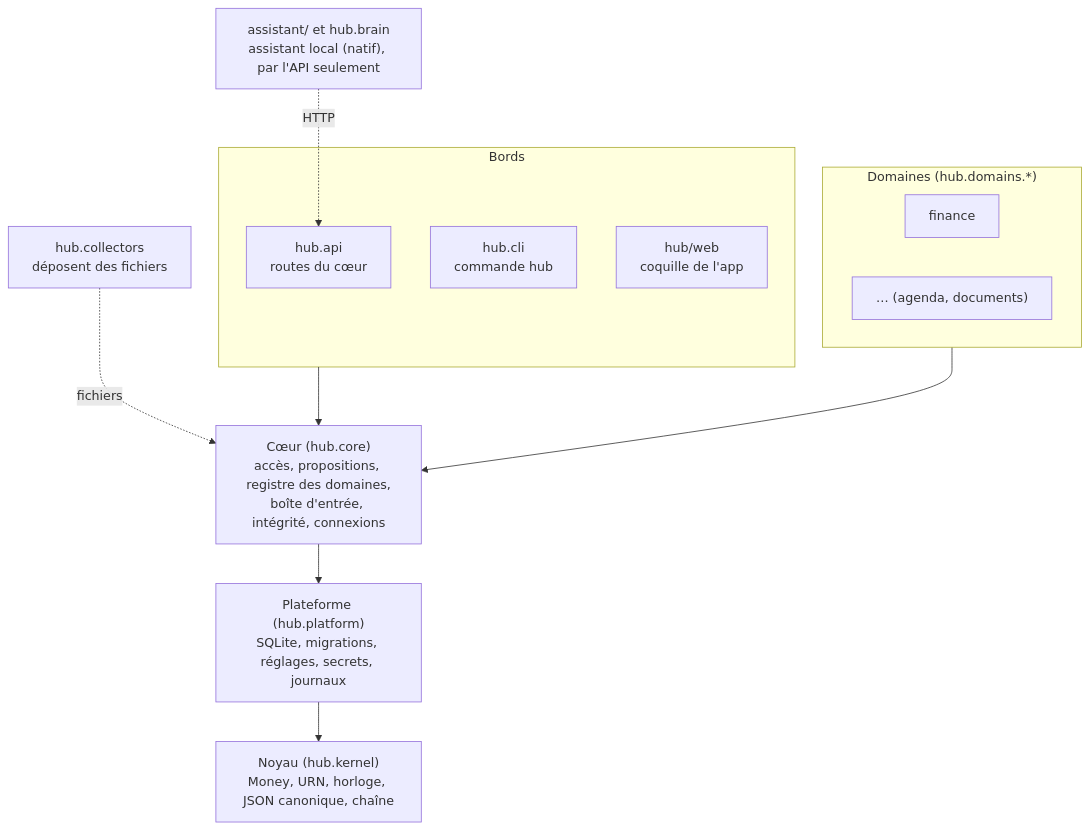
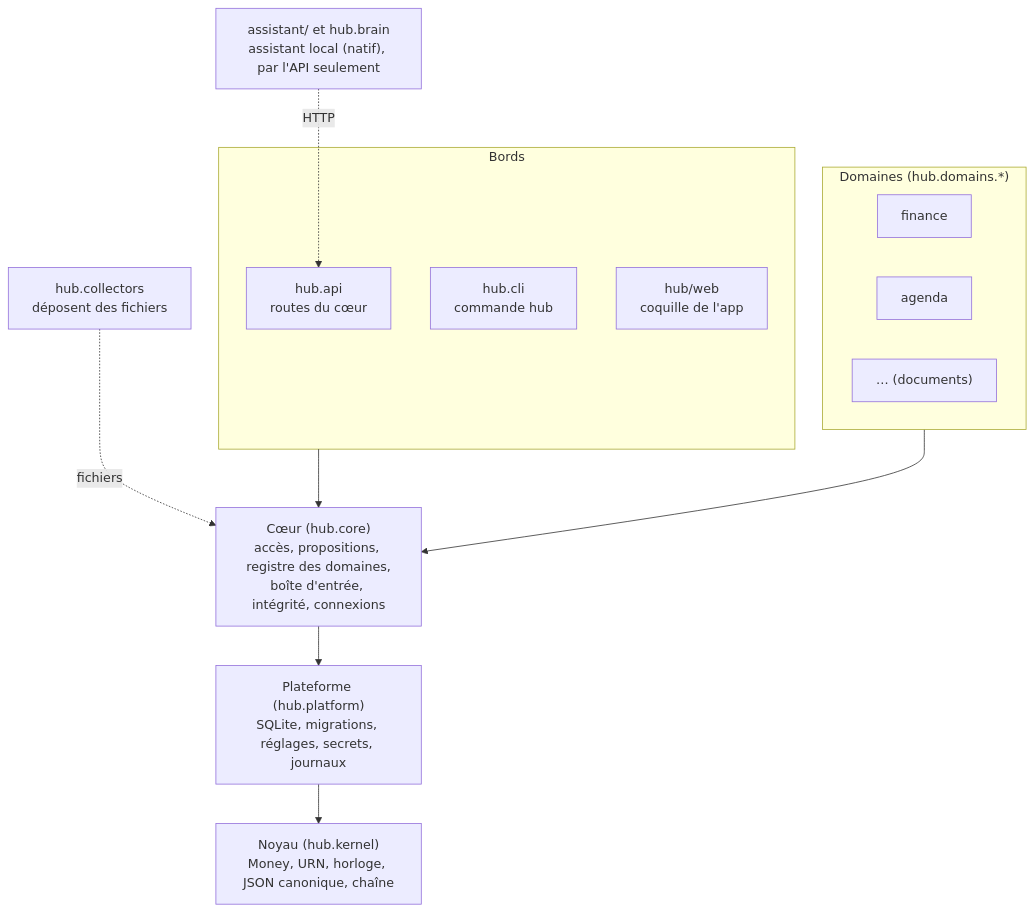
The first of 4 diagrams in docs/architecture.md (nayton-corp/personal-hub), drawn with Mermaid before and after one commit. The commit also changed 30 other files, not shown here.

````diff
--- a/docs/architecture.md
+++ b/docs/architecture.md
@@ -10,22 +10,23 @@
 ```mermaid
 flowchart TB
   subgraph bords["Bords"]
     api["hub.api<br/>routes du cœur"]
     cli["hub.cli<br/>commande hub"]
     web["hub/web<br/>coquille de l'app"]
   end
   subgraph domaines["Domaines (hub.domains.*)"]
     finance["finance"]
-    autre["… (agenda, documents)"]
+    agenda["agenda"]
+    autre["… (documents)"]
   end
   core["Cœur (hub.core)<br/>accès, propositions, registre des domaines,<br/>boîte d'entrée, intégrité, connexions"]
   platform["Plateforme (hub.platform)<br/>SQLite, migrations, réglages, secrets, journaux"]
   kernel["Noyau (hub.kernel)<br/>Money, URN, horloge, JSON canonique, chaîne"]
   collectors["hub.collectors<br/>déposent des fichiers"]
   brain["assistant/ et hub.brain<br/>assistant local (natif), par l'API seulement"]
   bords --> core
   domaines --> core
   core --> platform --> kernel
   collectors -. fichiers .-> core
   brain -. HTTP .-> api
 ```
````
